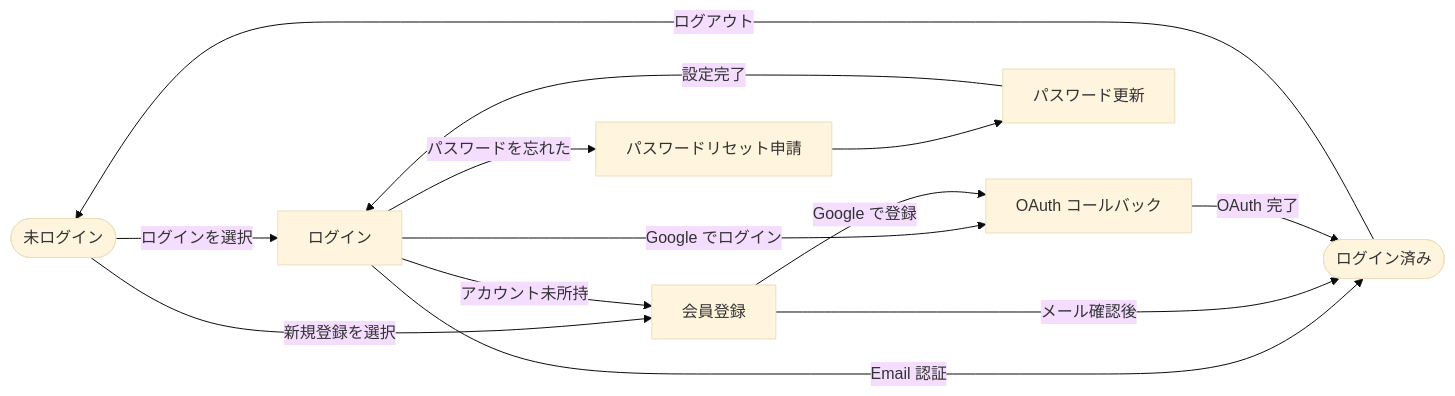
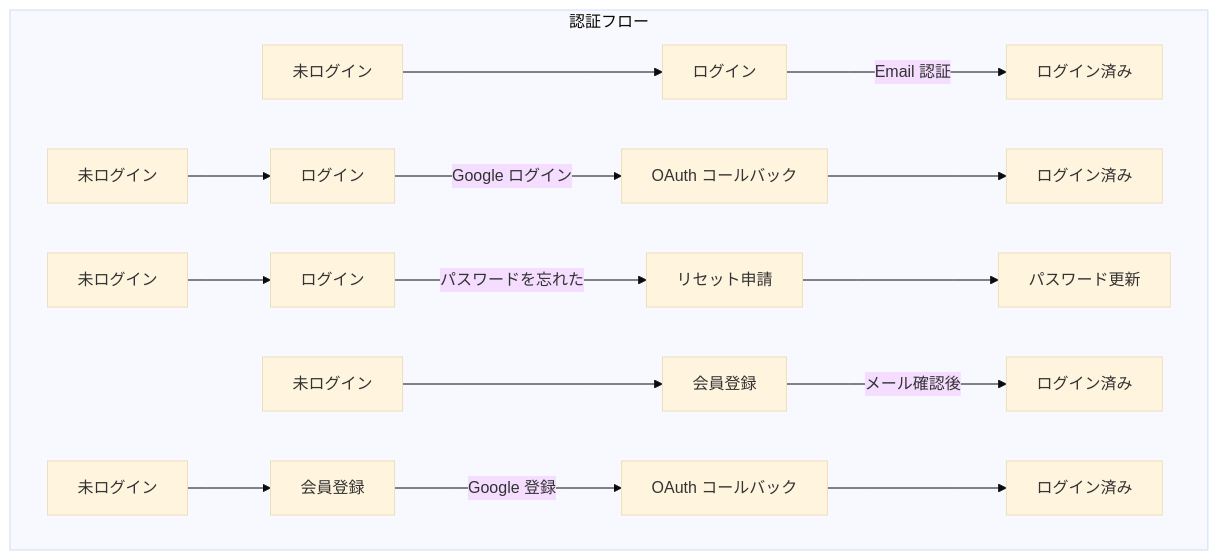
Before and after one commit to taddy-korokoro/hana-nav: the second of 4 diagrams in docs/design-docs/02_screen-flow.md, drawn with Mermaid (base theme). The commit also changed other lines of this file, not shown here.

First line of the commit message:
docs(design-docs): T02 画面遷移図の Mermaid ダイアグラムを整形

````diff
--- a/docs/design-docs/02_screen-flow.md
+++ b/docs/design-docs/02_screen-flow.md
@@ -95,21 +107,12 @@
 ```mermaid
+%%{init: {'flowchart': {'curve': 'step'}}}%%
 flowchart LR
-    UNAUTH([未ログイン])
-
-    UNAUTH -->|ログインを選択| LOGIN[ログイン]
-    UNAUTH -->|新規登録を選択| SIGNUP[会員登録]
-
-    LOGIN -->|Email 認証| AUTHED([ログイン済み])
-    LOGIN -->|Google でログイン| CALLBACK[OAuth コールバック]
-    LOGIN -->|パスワードを忘れた| RESET[パスワードリセット申請]
-    LOGIN -->|アカウント未所持| SIGNUP
-
-    SIGNUP -->|メール確認後| AUTHED
-    SIGNUP -->|Google で登録| CALLBACK
-    CALLBACK -->|OAuth 完了| AUTHED
-
-    RESET --> UPDATE[パスワード更新]
-    UPDATE -->|設定完了| LOGIN
-
-    AUTHED -->|ログアウト| UNAUTH
+    subgraph sg2["認証フロー"]
+        direction LR
+        A1[未ログイン] --> A2[ログイン] -->|Email 認証| A3[ログイン済み]
+        B1[未ログイン] --> B2[ログイン] -->|Google ログイン| B3[OAuth コールバック] --> B4[ログイン済み]
+        C1[未ログイン] --> C2[ログイン] -->|パスワードを忘れた| C3[リセット申請] --> C4[パスワード更新]
+        D1[未ログイン] --> D2[会員登録] -->|メール確認後| D3[ログイン済み]
+        E1[未ログイン] --> E2[会員登録] -->|Google 登録| E3[OAuth コールバック] --> E4[ログイン済み]
+    end
 ```
````
